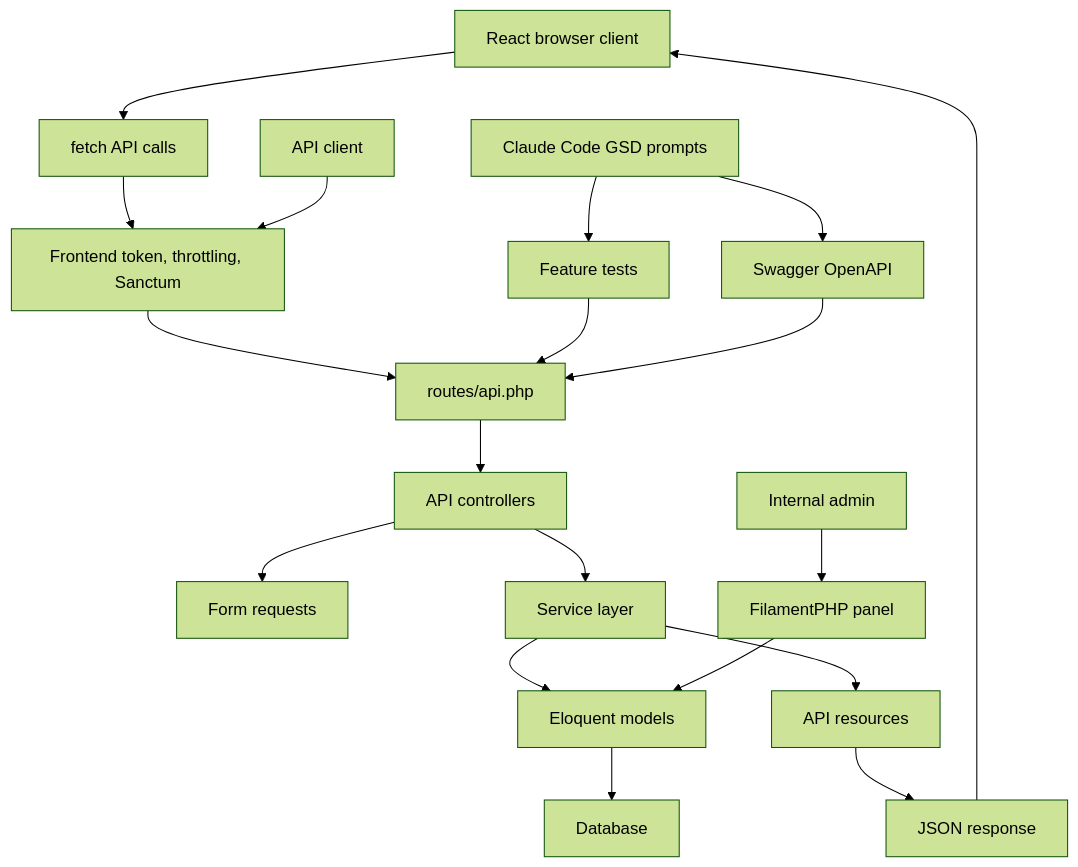
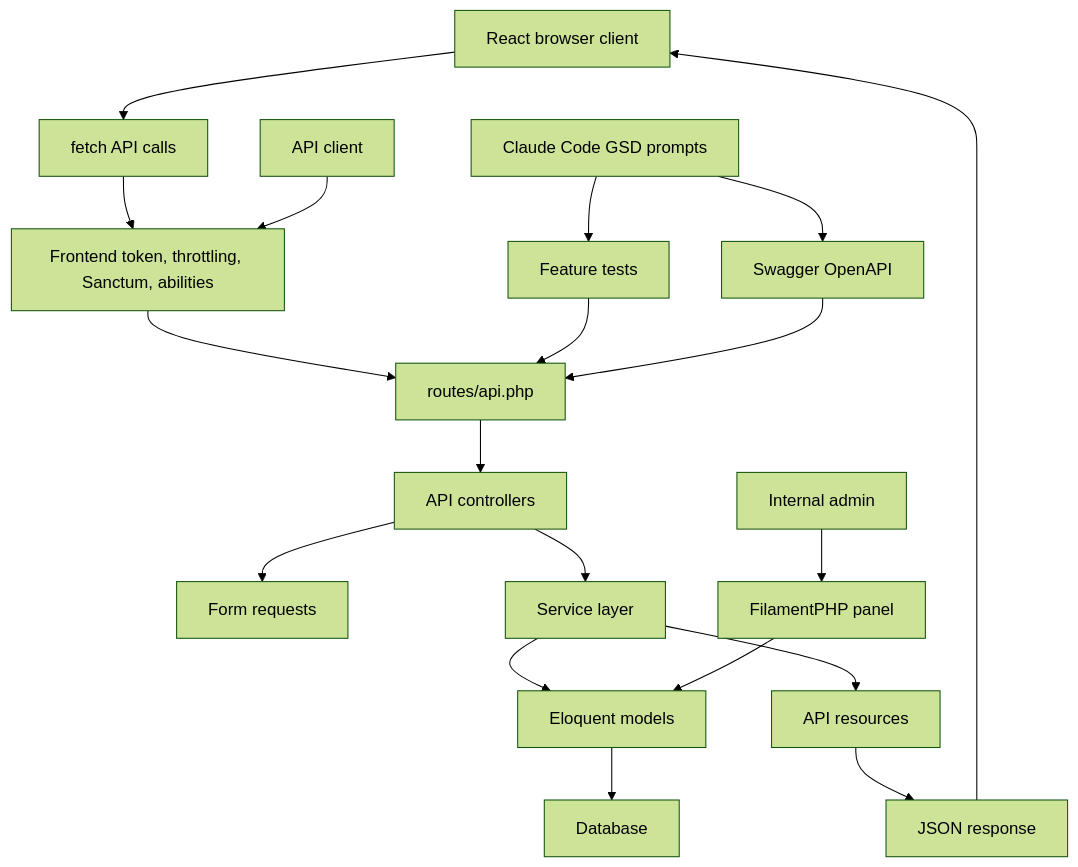
The second of 2 diagrams in training/overview.md (habibtalib/laravel-api-tutorial), drawn with Mermaid (forest theme) before and after one commit. The commit also changed other lines of this file and 3 other files, not shown here.

````diff
--- a/training/overview.md
+++ b/training/overview.md
@@ -111,23 +113,23 @@
 ```mermaid
 flowchart TB
     Browser["React browser client"] --> Fetch["fetch API calls"]
-    Fetch --> Security["Frontend token, throttling, Sanctum"]
+    Fetch --> Security["Frontend token, throttling, Sanctum, abilities"]
     Client["API client"] --> Security
     Security --> Routes["routes/api.php"]
     Routes --> Controllers["API controllers"]
     Controllers --> Requests["Form requests"]
     Controllers --> Services["Service layer"]
     Services --> Models["Eloquent models"]
     Models --> Database["Database"]
     Services --> Resources["API resources"]
     Resources --> Json["JSON response"]
     Json --> Browser
 
     Admin["Internal admin"] --> Filament["FilamentPHP panel"]
     Filament --> Models
 
     Tests["Feature tests"] --> Routes
     Docs["Swagger OpenAPI"] --> Routes
     Assistant["Claude Code GSD prompts"] --> Tests
     Assistant --> Docs
 ```
````
